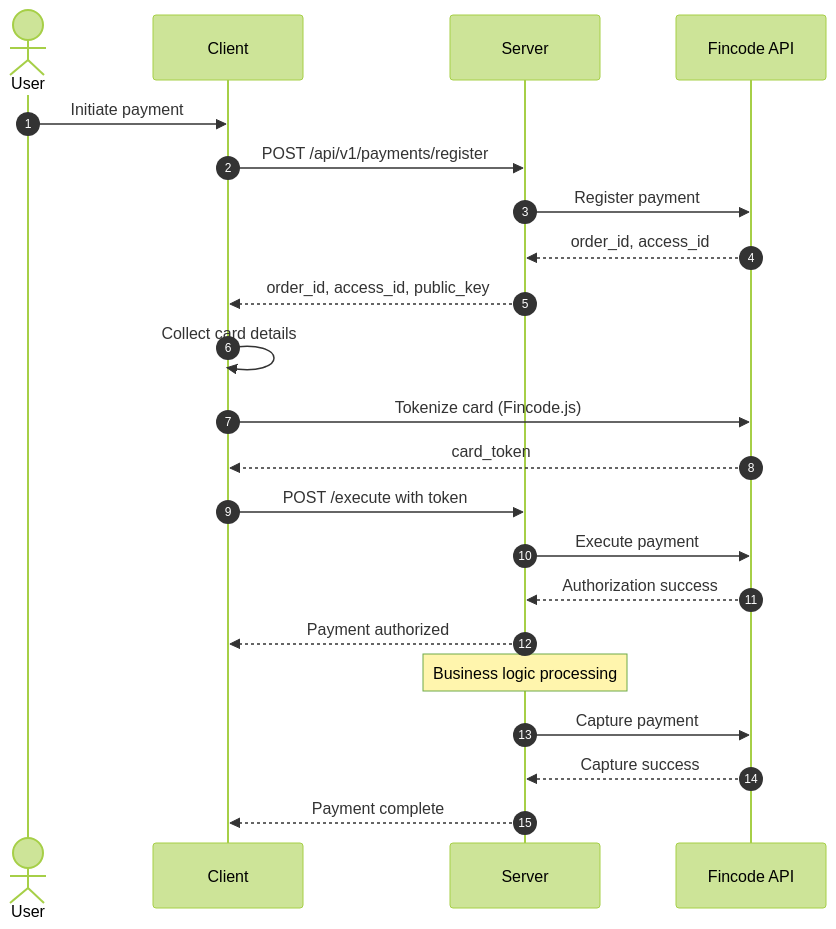
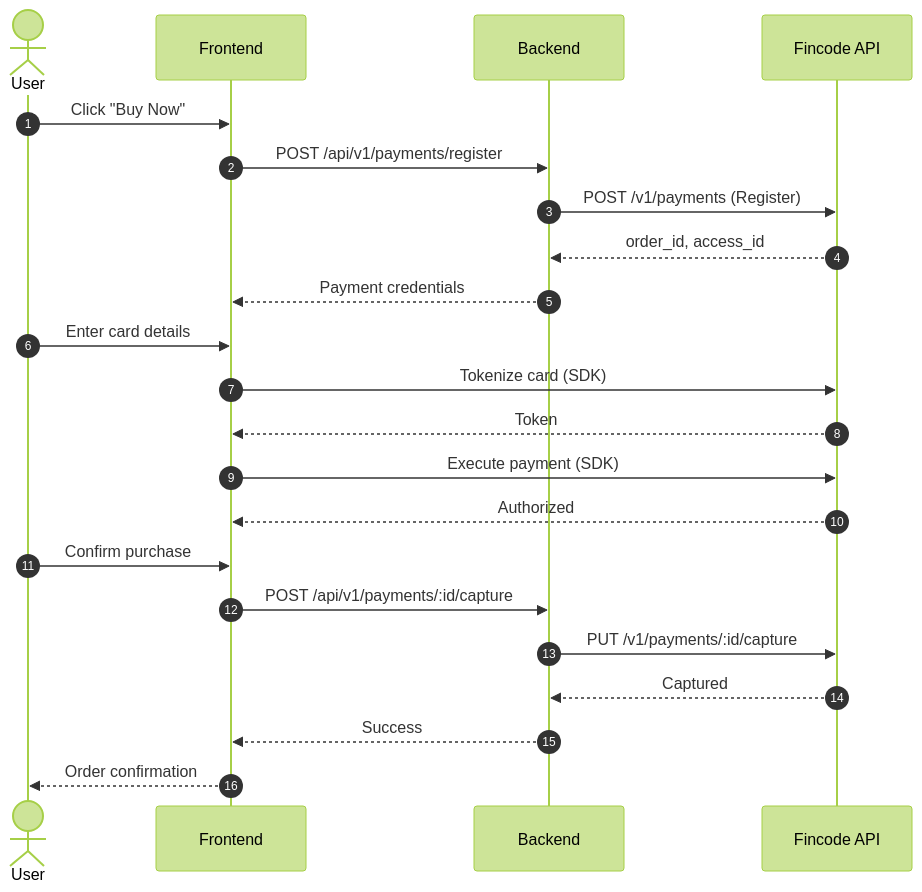
Before and after one commit to toilaloc/research_fincode_payment: the second of 4 diagrams in fincode_payment_workflow.md, drawn with Mermaid (forest theme). The commit also changed other lines of this file, not shown here.

````diff
--- a/fincode_payment_workflow.md
+++ b/fincode_payment_workflow.md
@@ -274,29 +582,27 @@
 ```mermaid
 sequenceDiagram
     autonumber
     actor User
-    participant Client
-    participant Server
-    participant Fincode API
+    participant FE as Frontend
+    participant BE as Backend
+    participant FC as Fincode API
+
+    User->>FE: Click "Buy Now"
+    FE->>BE: POST /api/v1/payments/register
+    BE->>FC: POST /v1/payments (Register)
+    FC-->>BE: order_id, access_id
+    BE-->>FE: Payment credentials
     
-    User->>Client: Initiate payment
-    Client->>Server: POST /api/v1/payments/register
-    Server->>Fincode API: Register payment
-    Fincode API-->>Server: order_id, access_id
-    Server-->>Client: order_id, access_id, public_key
+    User->>FE: Enter card details
+    FE->>FC: Tokenize card (SDK)
+    FC-->>FE: Token
+    FE->>FC: Execute payment (SDK)
+    FC-->>FE: Authorized
     
-    Client->>Client: Collect card details
-    Client->>Fincode API: Tokenize card (Fincode.js)
-    Fincode API-->>Client: card_token
-    
-    Client->>Server: POST /execute with token
-    Server->>Fincode API: Execute payment
-    Fincode API-->>Server: Authorization success
-    Server-->>Client: Payment authorized
-    
-    Note over Server: Business logic processing
-    
-    Server->>Fincode API: Capture payment
-    Fincode API-->>Server: Capture success
-    Server-->>Client: Payment complete
+    User->>FE: Confirm purchase
+    FE->>BE: POST /api/v1/payments/:id/capture
+    BE->>FC: PUT /v1/payments/:id/capture
+    FC-->>BE: Captured
+    BE-->>FE: Success
+    FE-->>User: Order confirmation
 ```
````
